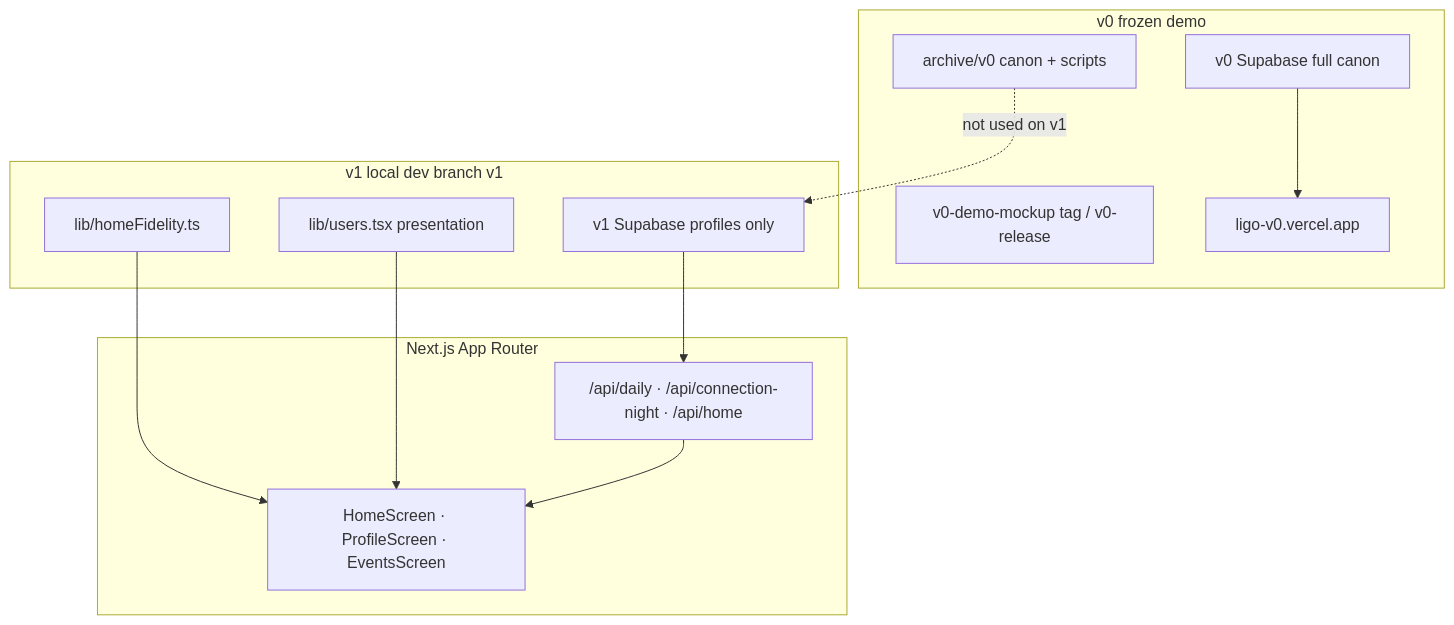
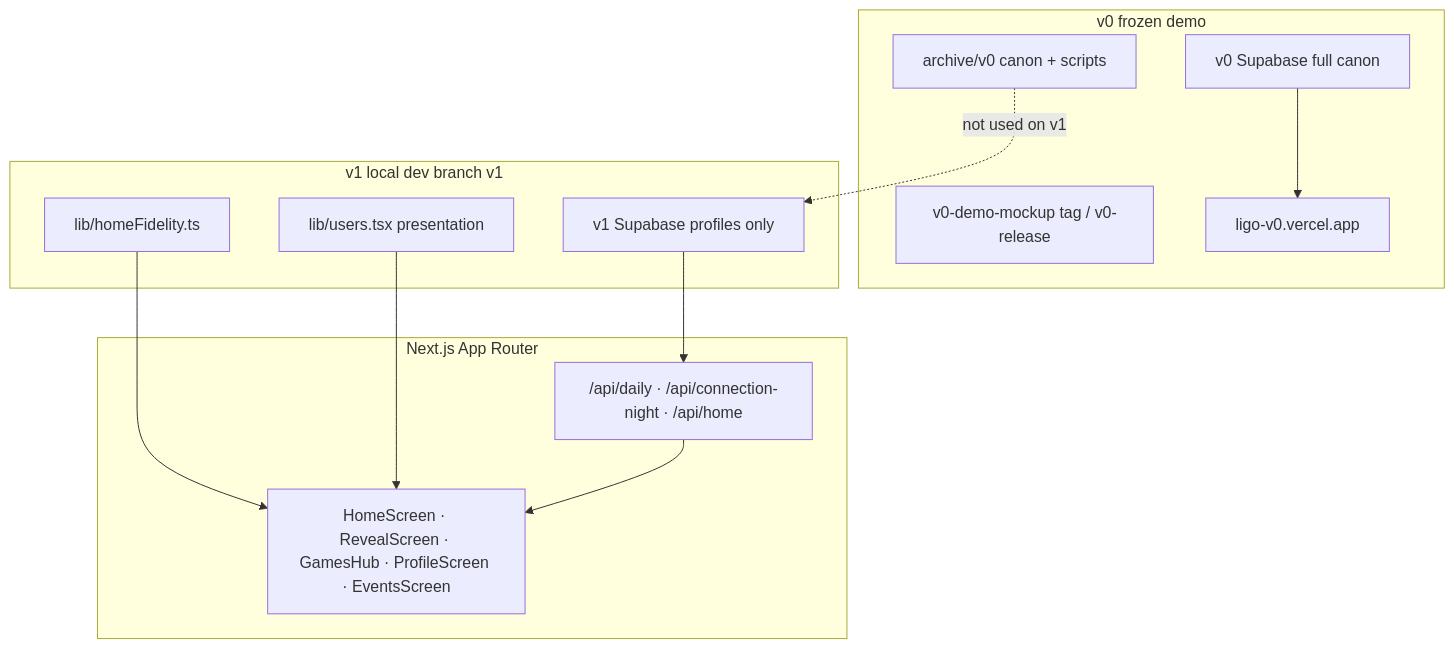
Before and after one commit to tmd2-lang/eventmockup: the diagram in README.md, drawn with Mermaid. The commit also changed other lines of this file and 25 other files, not shown here.

First line of the commit message:
Ship v1 slice 1.5: real Aurora reveal, games hub, and Marcus intro.

````diff
--- a/README.md
+++ b/README.md
@@ -60,27 +65,27 @@
 ```mermaid
 flowchart TB
   subgraph v0frozen [v0 frozen demo]
     v0Tag[v0-demo-mockup tag / v0-release]
     v0Vercel[ligo-v0.vercel.app]
     v0Canon[archive/v0 canon + scripts]
     v0Db[v0 Supabase full canon]
   end
 
   subgraph v1local [v1 local dev branch v1]
     v1Db[v1 Supabase profiles only]
     v1Fidelity[lib/homeFidelity.ts]
     v1Users[lib/users.tsx presentation]
   end
 
   subgraph next [Next.js App Router]
     API["/api/daily · /api/connection-night · /api/home"]
-    UI[HomeScreen · ProfileScreen · EventsScreen]
+    UI[HomeScreen · RevealScreen · GamesHub · ProfileScreen · EventsScreen]
   end
 
   v0Canon -.->|not used on v1| v1Db
   v1Db --> API
   v1Fidelity --> UI
   v1Users --> UI
   API --> UI
   v0Db --> v0Vercel
 ```
````
